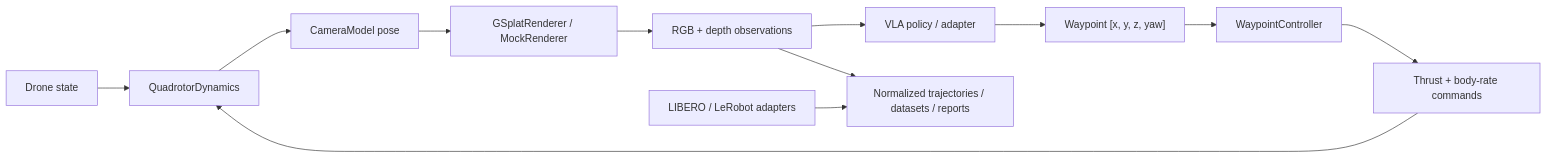
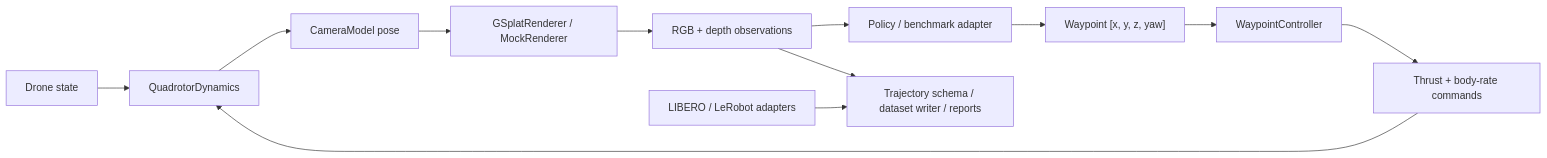
The diagram in README.md (09Catho/gs-dronegym), drawn with Mermaid before and after one commit. The commit also changed other lines of this file and 14 other files, not shown here.

````diff
--- a/README.md
+++ b/README.md
@@ -110,14 +256,14 @@
 ```mermaid
 flowchart LR
     A["Drone state"] --> B["QuadrotorDynamics"]
     B --> C["CameraModel pose"]
     C --> D["GSplatRenderer / MockRenderer"]
     D --> E["RGB + depth observations"]
-    E --> F["VLA policy / adapter"]
+    E --> F["Policy / benchmark adapter"]
     F --> G["Waypoint [x, y, z, yaw]"]
     G --> H["WaypointController"]
     H --> I["Thrust + body-rate commands"]
     I --> B
-    E --> J["Normalized trajectories / datasets / reports"]
+    E --> J["Trajectory schema / dataset writer / reports"]
     K["LIBERO / LeRobot adapters"] --> J
 ```
````
